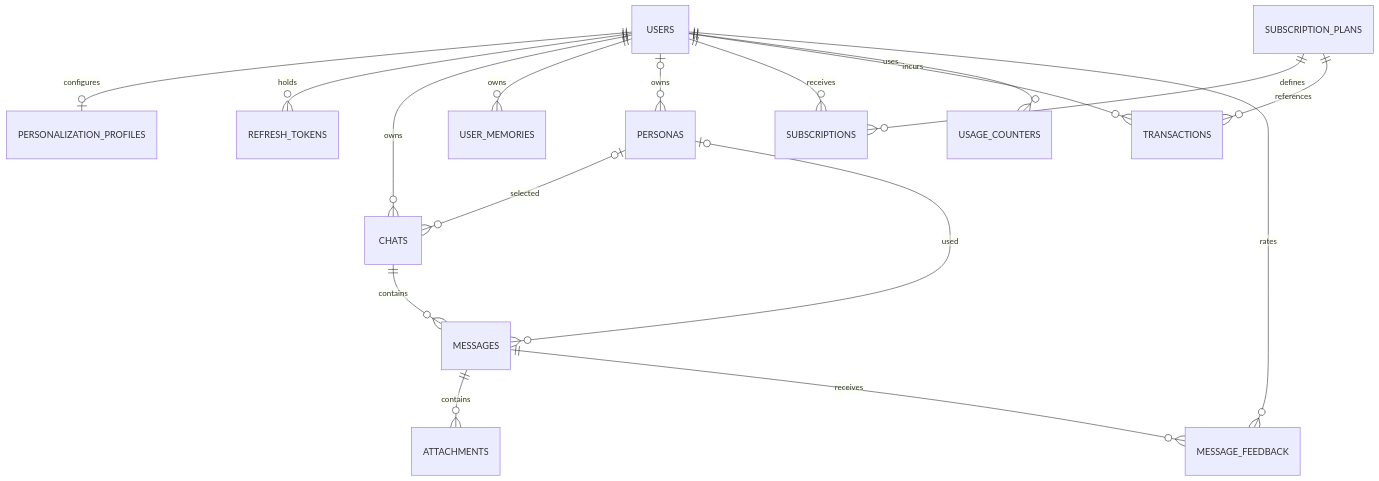
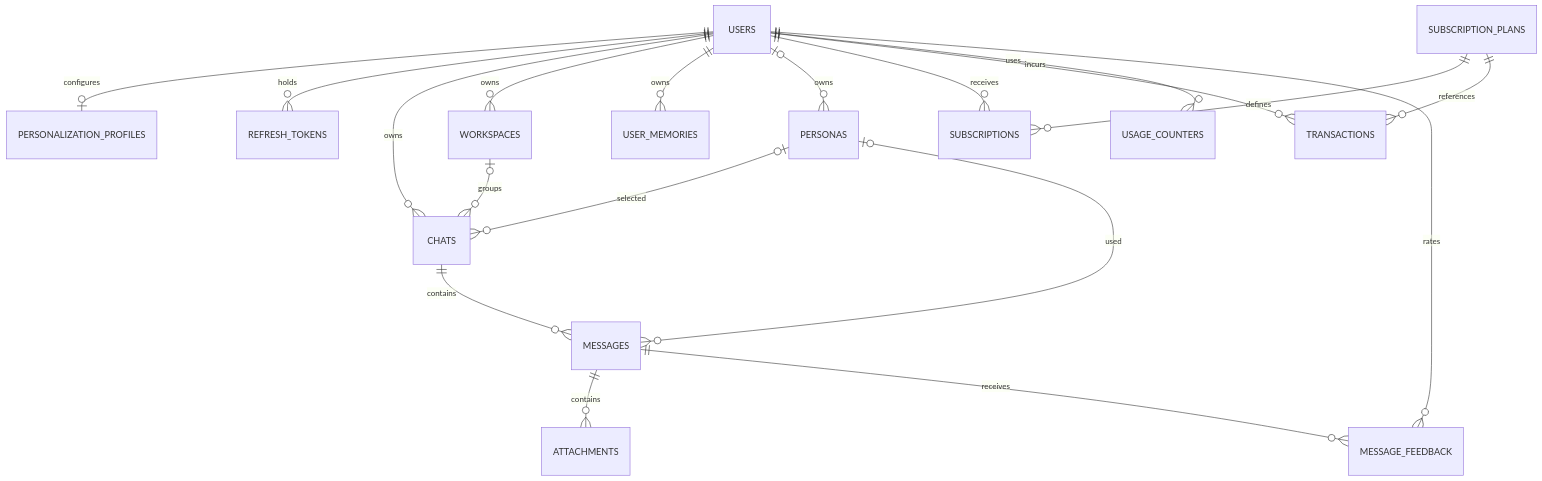
The fourth of 4 diagrams in docs/architecture.md (Amudz1/kursach_v2.0), drawn with Mermaid before and after one commit. The commit also changed other lines of this file and 50 other files, not shown here.

````diff
--- a/docs/architecture.md
+++ b/docs/architecture.md
@@ -102,19 +102,21 @@
 ```mermaid
 erDiagram
     USERS ||--o| PERSONALIZATION_PROFILES : configures
     USERS ||--o{ REFRESH_TOKENS : holds
     USERS ||--o{ CHATS : owns
+    USERS ||--o{ WORKSPACES : owns
+    WORKSPACES o|--o{ CHATS : groups
     USERS ||--o{ USER_MEMORIES : owns
     USERS o|--o{ PERSONAS : owns
     USERS ||--o{ SUBSCRIPTIONS : receives
     USERS ||--o{ TRANSACTIONS : incurs
     USERS ||--o{ USAGE_COUNTERS : uses
     USERS ||--o{ MESSAGE_FEEDBACK : rates
     PERSONAS o|--o{ CHATS : selected
     PERSONAS o|--o{ MESSAGES : used
     CHATS ||--o{ MESSAGES : contains
     MESSAGES ||--o{ ATTACHMENTS : contains
     MESSAGES ||--o{ MESSAGE_FEEDBACK : receives
     SUBSCRIPTION_PLANS ||--o{ SUBSCRIPTIONS : defines
     SUBSCRIPTION_PLANS ||--o{ TRANSACTIONS : references
 ```
````
